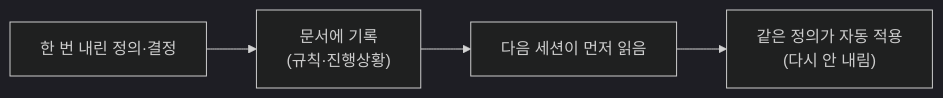
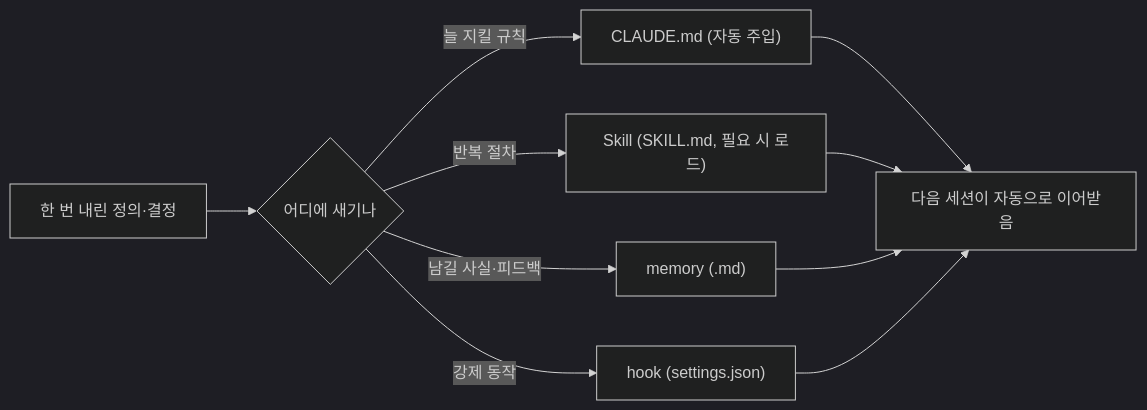
The diagram in _posts/2026-06-26-defining-05-record-carries-definition.md (millim1983/millim1983.github.io), drawn with Mermaid (dark theme) before and after one commit. The commit also changed other lines of this file and 1 other file, not shown here.

Commit message:
Rewrite defining ep5: ground in real Claude Code mechanisms (CLAUDE.md·Skill·memory·hook), SKILL.md 예시; record series 철칙

````diff
--- a/_posts/2026-06-26-defining-05-record-carries-definition.md
+++ b/_posts/2026-06-26-defining-05-record-carries-definition.md
@@ -27,6 +56,9 @@
 ```mermaid
 flowchart LR
-  D["한 번 내린 정의·결정"] --> R["문서에 기록<br/>(규칙·진행상황)"]
-  R --> N["다음 세션이 먼저 읽음"]
-  N --> A["같은 정의가 자동 적용<br/>(다시 안 내림)"]
+  D["한 번 내린 정의·결정"] --> W{"어디에 새기나"}
+  W -->|늘 지킬 규칙| C["CLAUDE.md (자동 주입)"]
+  W -->|반복 절차| S["Skill (SKILL.md, 필요 시 로드)"]
+  W -->|남길 사실·피드백| M["memory (.md)"]
+  W -->|강제 동작| H["hook (settings.json)"]
+  C & S & M & H --> N["다음 세션이 자동으로 이어받음"]
 ```
````
